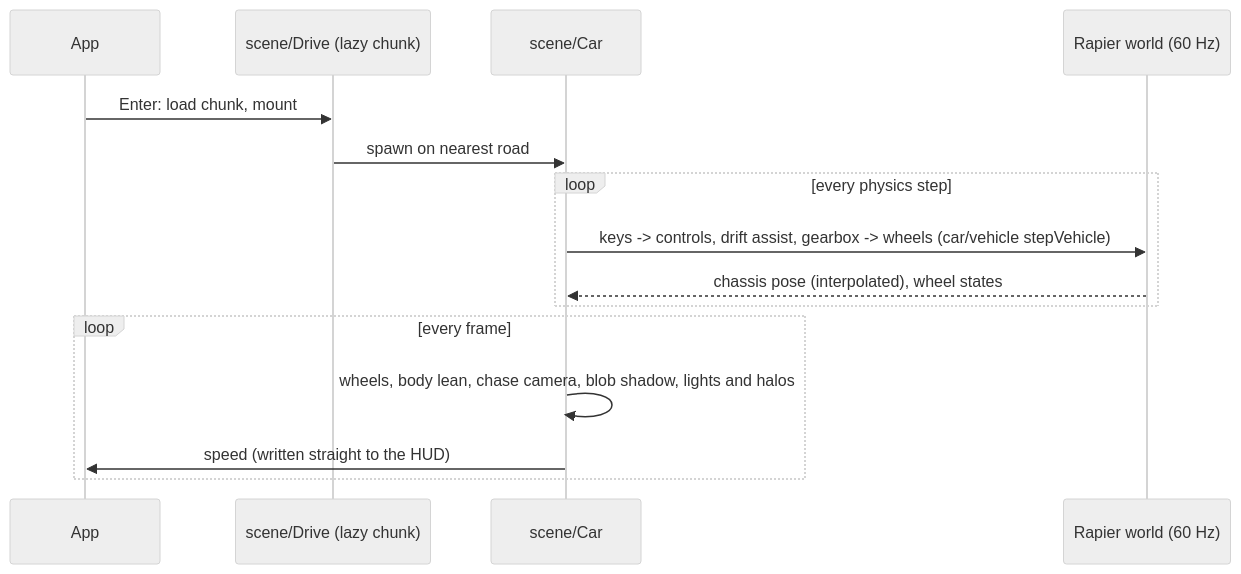
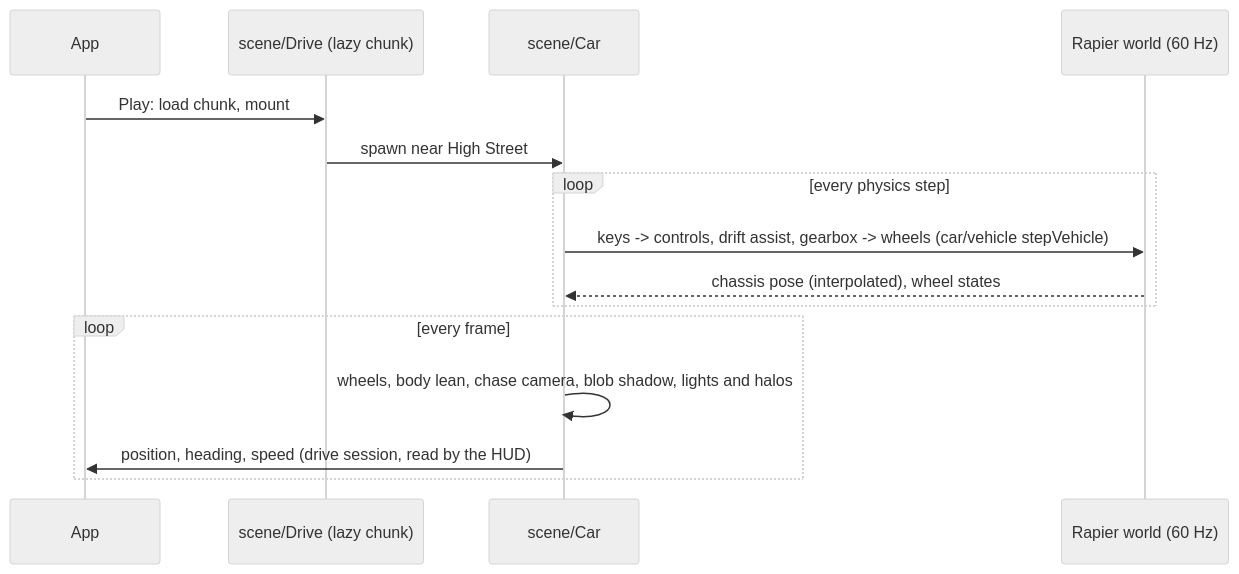
Before and after one commit to ajs0905/drive-thru-mnl: the fourth of 5 diagrams in docs/ARCHITECTURE.md, drawn with Mermaid (neutral theme). The commit also changed other lines of this file and 24 other files, not shown here.

Commit message:
add a road sign menu, drive loading screen, hud with minimap and big map, and a pause menu

````diff
--- a/docs/ARCHITECTURE.md
+++ b/docs/ARCHITECTURE.md
@@ -199,17 +207,17 @@
 ```mermaid
 sequenceDiagram
   participant App
   participant Drive as scene/Drive (lazy chunk)
   participant Car as scene/Car
   participant Rapier as Rapier world (60 Hz)
-  App->>Drive: Enter: load chunk, mount
-  Drive->>Car: spawn on nearest road
+  App->>Drive: Play: load chunk, mount
+  Drive->>Car: spawn near High Street
   loop every physics step
     Car->>Rapier: keys -> controls, drift assist, gearbox -> wheels (car/vehicle stepVehicle)
     Rapier-->>Car: chassis pose (interpolated), wheel states
   end
   loop every frame
     Car->>Car: wheels, body lean, chase camera, blob shadow, lights and halos
-    Car->>App: speed (written straight to the HUD)
+    Car->>App: position, heading, speed (drive session, read by the HUD)
   end
 ```
````
